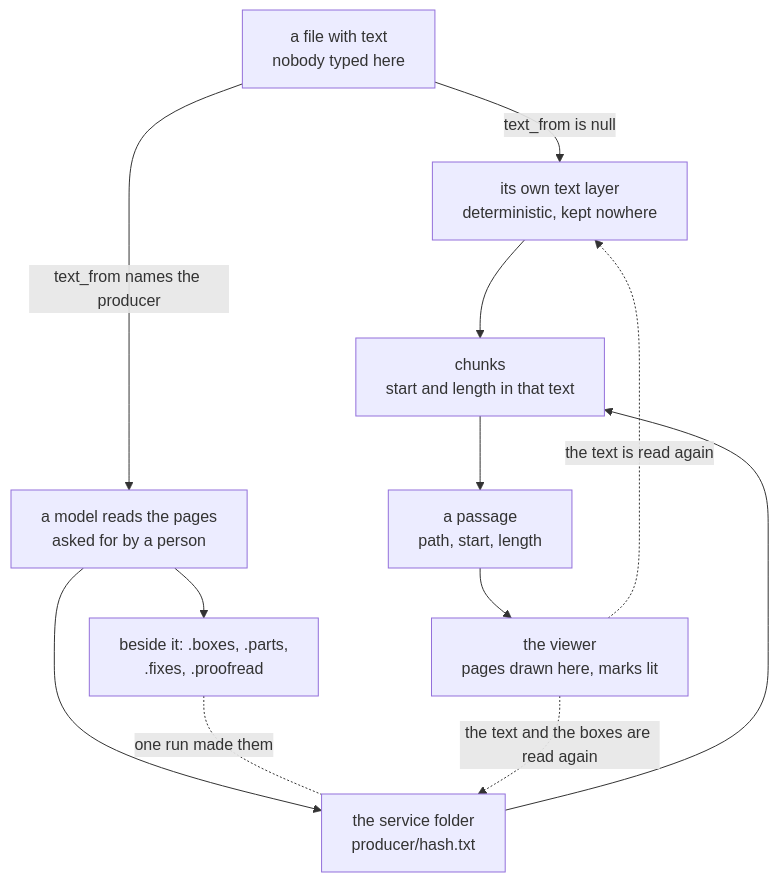
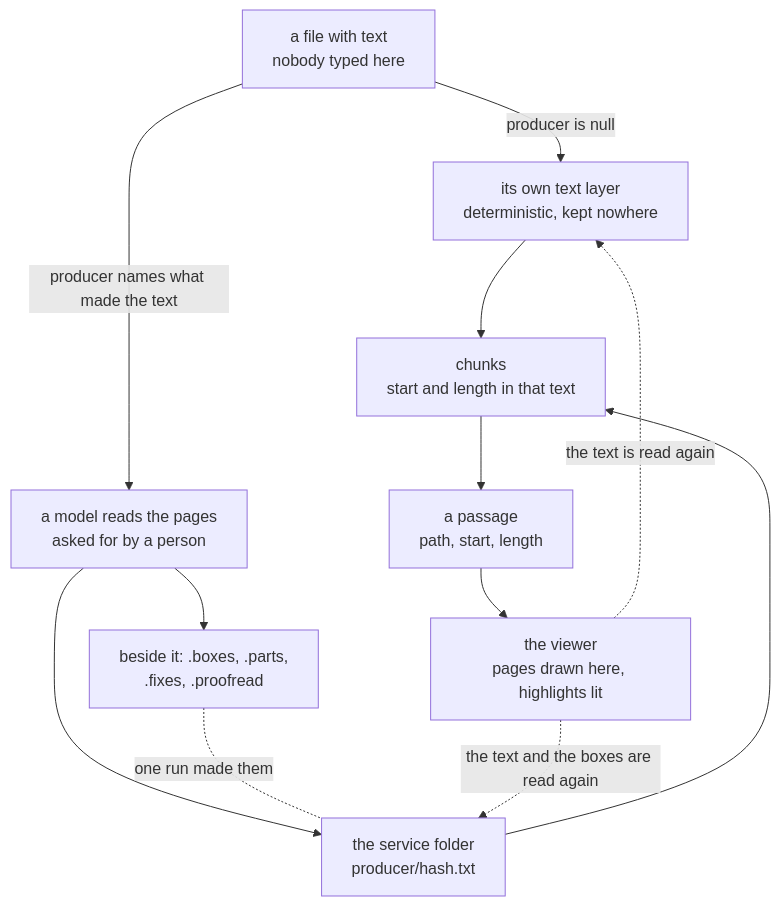
The diagram in docs/adr/0015-a-books-text-is-a-cache-or-an-artifact.md (jiva-studio/numen), drawn with Mermaid before and after one commit. The commit also changed other lines of this file and 2346 other files, not shown here.

````diff
--- a/docs/adr/0015-a-books-text-is-a-cache-or-an-artifact.md
+++ b/docs/adr/0015-a-books-text-is-a-cache-or-an-artifact.md
@@ -16,23 +16,23 @@
 ```mermaid
 graph TD
     F["a file with text<br/>nobody typed here"]
     TL["its own text layer<br/>deterministic, kept nowhere"]
     R["a model reads the pages<br/>asked for by a person"]
     A["the service folder<br/>producer/hash.txt"]
     S["beside it: .boxes, .parts,<br/>.fixes, .proofread"]
     CH["chunks<br/>start and length in that text"]
     P["a passage<br/>path, start, length"]
-    VW["the viewer<br/>pages drawn here, marks lit"]
+    VW["the viewer<br/>pages drawn here, highlights lit"]
 
-    F -->|text_from is null| TL
-    F -->|text_from names the producer| R
+    F -->|producer is null| TL
+    F -->|producer names what made the text| R
     R --> A
     R --> S
     S -.one run made them.- A
     TL --> CH
     A --> CH
     CH --> P
     P --> VW
     VW -.the text is read again.-> TL
     VW -.the text and the boxes are read again.-> A
 ```
````
